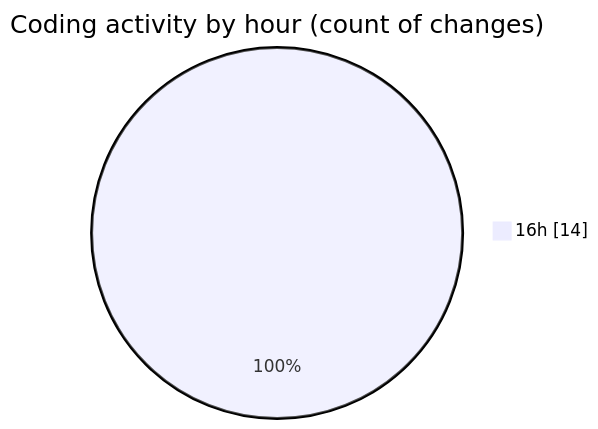
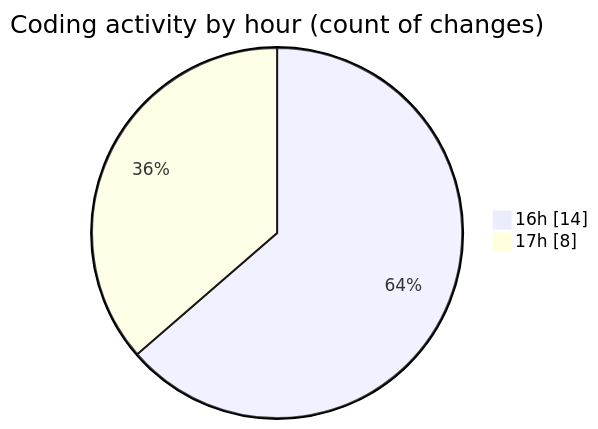
Before and after one commit to debugP/code-tracking: the second of 2 diagrams in 2026-10-20/untitled__workspace_/README.md, drawn with Mermaid. The commit also changed other lines of this file and 1 other file, not shown here.

````diff
--- a/2026-10-20/untitled__workspace_/README.md
+++ b/2026-10-20/untitled__workspace_/README.md
@@ -30,5 +30,6 @@
 ```mermaid
 pie showData
 title Coding activity by hour (count of changes)
 "16h" : 14
+"17h" : 8
 ```
````
